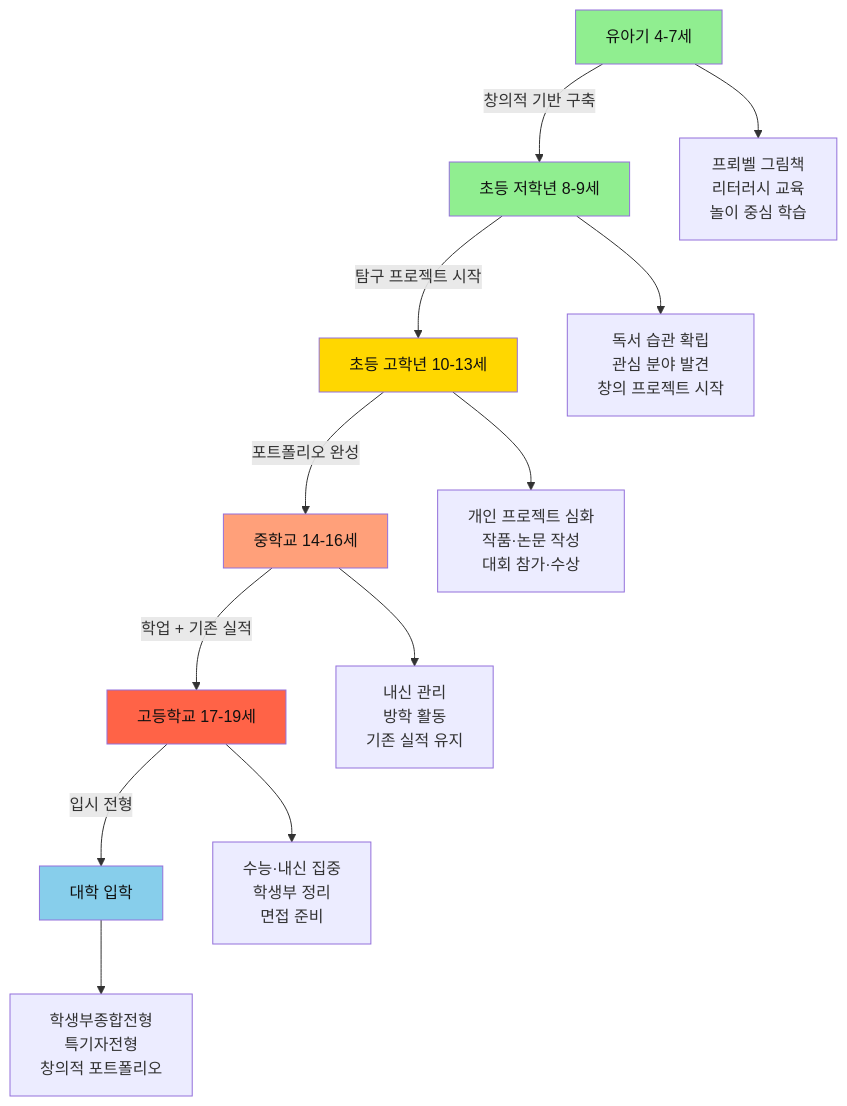
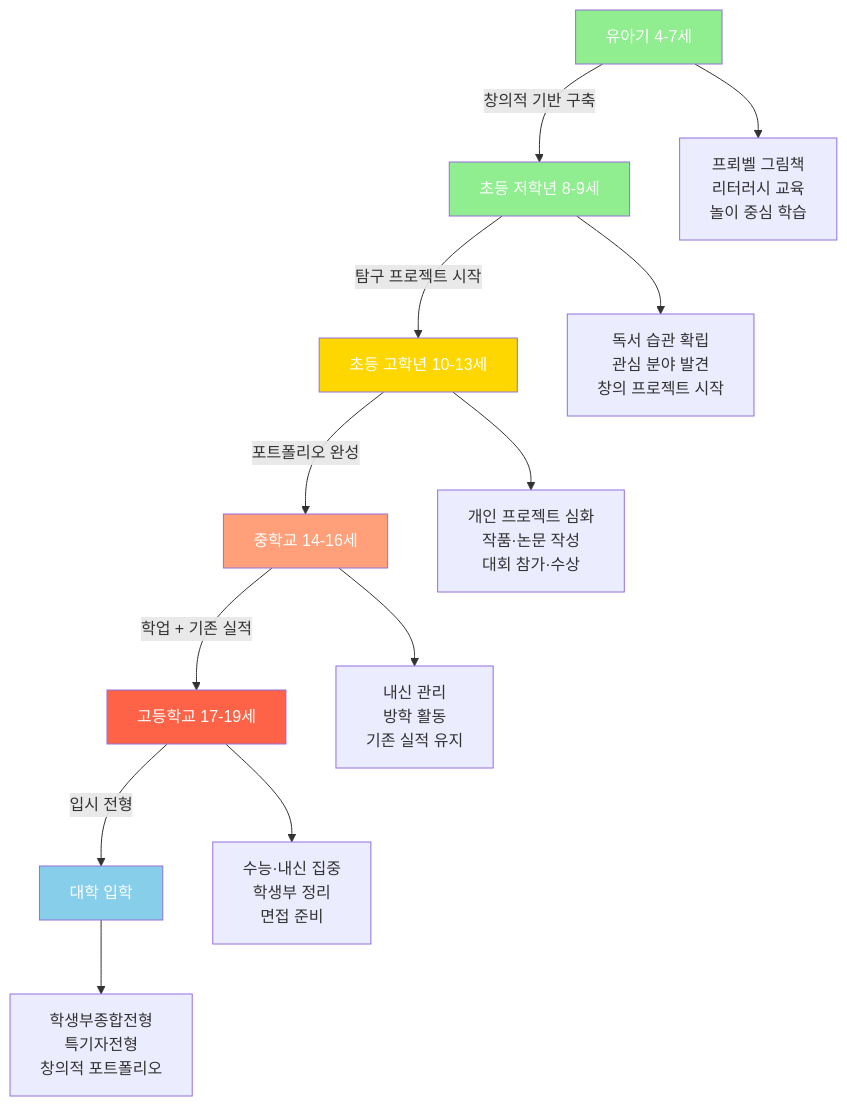
Before and after one commit to Collegenie-X/froebel: the third of 22 diagrams in 2단계_유아초등교육커리큘럼.md, drawn with Mermaid. The commit also changed other lines of this file and 4 other files, not shown here.

````diff
--- a/2단계_유아초등교육커리큘럼.md
+++ b/2단계_유아초등교육커리큘럼.md
@@ -98,22 +98,22 @@
 ```mermaid
 graph TD
     A[유아기 4-7세] -->|창의적 기반 구축| B[초등 저학년 8-9세]
     B -->|탐구 프로젝트 시작| C[초등 고학년 10-13세]
     C -->|포트폴리오 완성| D[중학교 14-16세]
     D -->|학업 + 기존 실적| E[고등학교 17-19세]
     E -->|입시 전형| F[대학 입학]
     
     A --> A1[프뢰벨 그림책<br/>리터러시 교육<br/>놀이 중심 학습]
     B --> B1[독서 습관 확립<br/>관심 분야 발견<br/>창의 프로젝트 시작]
     C --> C1[개인 프로젝트 심화<br/>작품·논문 작성<br/>대회 참가·수상]
     D --> D1[내신 관리<br/>방학 활동<br/>기존 실적 유지]
     E --> E1[수능·내신 집중<br/>학생부 정리<br/>면접 준비]
     F --> F1[학생부종합전형<br/>특기자전형<br/>창의적 포트폴리오]
     
-    style A fill:#90EE90,color:#111
-    style B fill:#90EE90,color:#111
-    style C fill:#FFD700,color:#111
-    style D fill:#FFA07A,color:#111
-    style E fill:#FF6347,color:#111
-    style F fill:#87CEEB,color:#111
+    style A fill:#90EE90,color:#fff
+    style B fill:#90EE90,color:#fff
+    style C fill:#FFD700,color:#fff
+    style D fill:#FFA07A,color:#fff
+    style E fill:#FF6347,color:#fff
+    style F fill:#87CEEB,color:#fff
 ```
````
